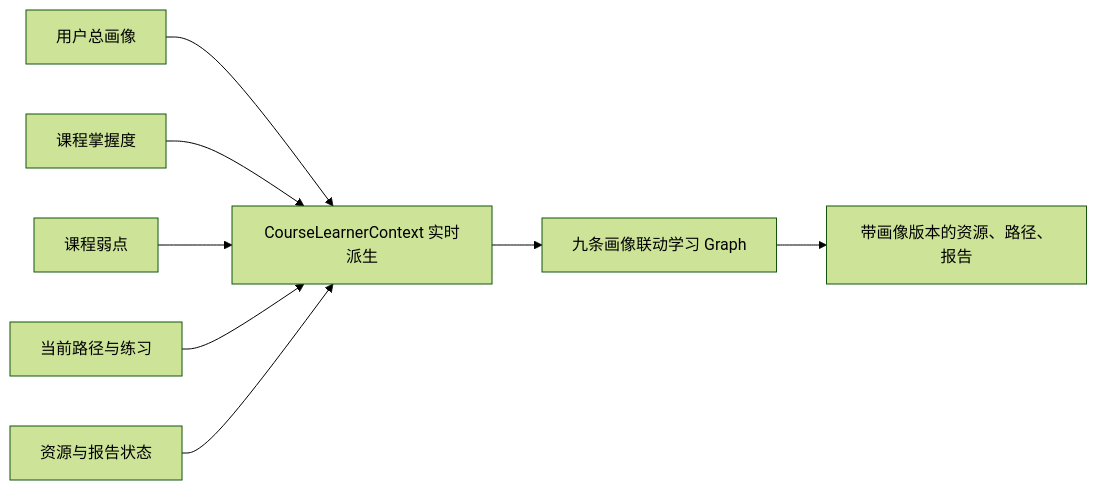
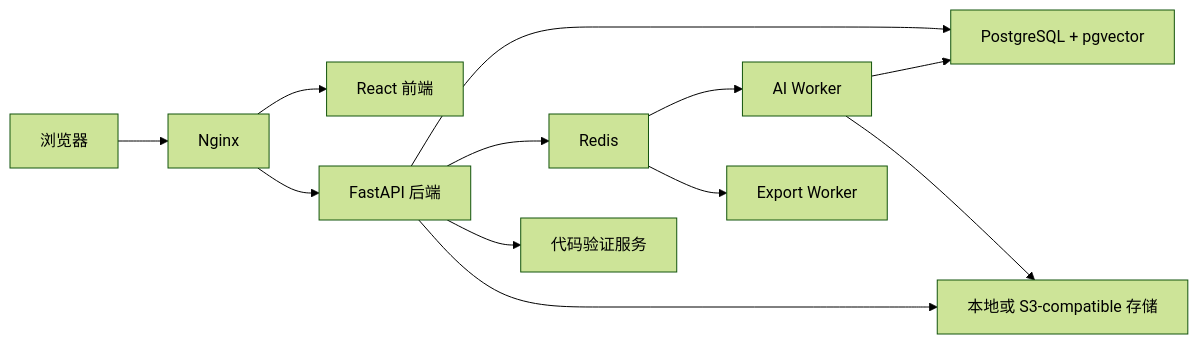
One commit to woshimaxfive/EduNova changed the diagram in docs/ARCHITECTURE.md. Above: the diagram before and after it, drawn with Mermaid (forest theme). The commit also changed other lines of this file and 30 other files, not shown here.

````diff
--- a/docs/ARCHITECTURE.md
+++ b/docs/ARCHITECTURE.md
@@ -713,10 +7,14 @@
 ```mermaid
 flowchart LR
-  P["用户总画像"] --> C["CourseLearnerContext 实时派生"]
-  M["课程掌握度"] --> C
-  W["课程弱点"] --> C
-  T["当前路径与练习"] --> C
-  R["资源与报告状态"] --> C
-  C --> G["九条画像联动学习 Graph"]
-  G --> A["带画像版本的资源、路径、报告"]
+    U["浏览器"] --> N["Nginx"]
+    N --> F["React 前端"]
+    N --> B["FastAPI 后端"]
+    B --> P["PostgreSQL + pgvector"]
+    B --> R["Redis"]
+    R --> A["AI Worker"]
+    R --> E["Export Worker"]
+    B --> C["代码验证服务"]
+    B --> S["本地或 S3-compatible 存储"]
+    A --> P
+    A --> S
 ```
````
